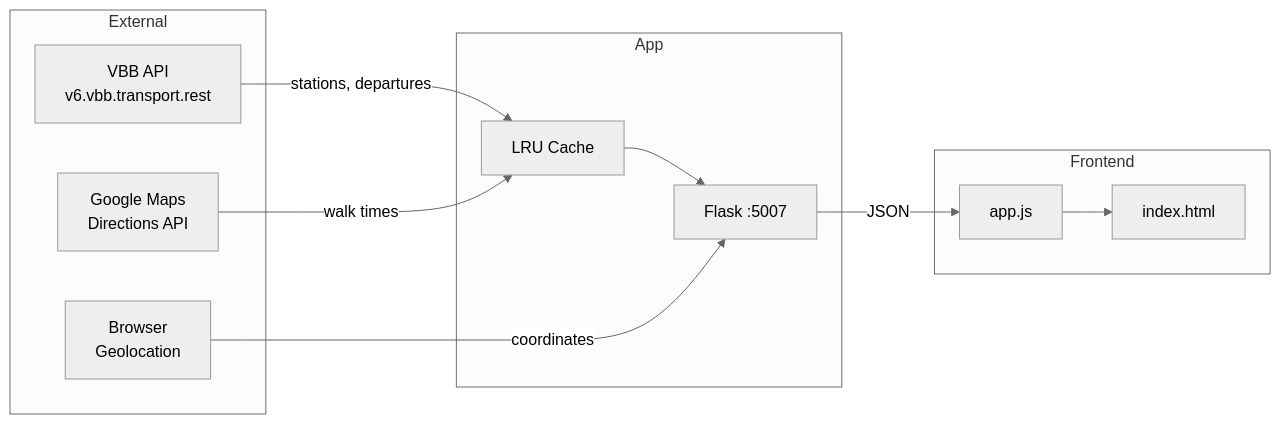
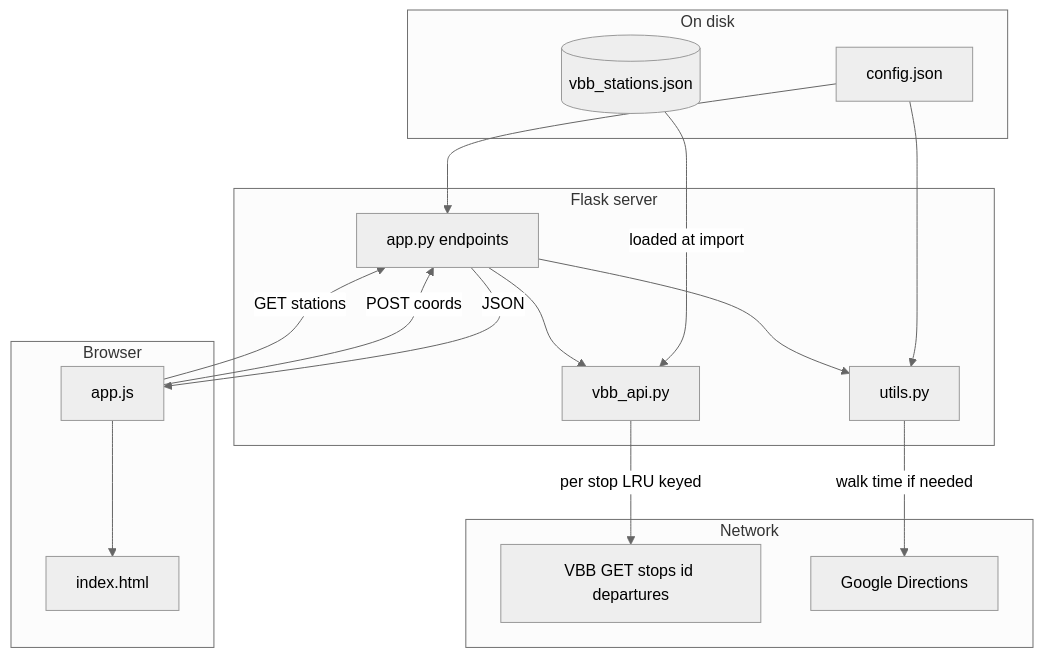
The second of 3 diagrams in README.md (momonala/trainspotter), drawn with Mermaid (neutral theme) before and after one commit. The commit also changed other lines of this file and 10 other files, not shown here.

First line of the commit message:
feat(stations): resolve nearby stops from local snapshot

````diff
--- a/README.md
+++ b/README.md
@@ -14,25 +38,35 @@
 ```mermaid
-flowchart LR
-    subgraph External
-        VBB[VBB API<br/>v6.vbb.transport.rest]
-        GMaps[Google Maps<br/>Directions API]
-        Browser[Browser<br/>Geolocation]
-    end
-    
-    subgraph App
-        Flask[Flask :5007]
-        Cache[LRU Cache]
-    end
-    
-    subgraph Frontend
-        HTML[index.html]
-        JS[app.js]
-    end
+flowchart TB
+  subgraph disk [On disk]
+    Config[config.json]
+    Snapshot[(vbb_stations.json)]
+  end
 
-    VBB -->|stations, departures| Cache
-    GMaps -->|walk times| Cache
-    Cache --> Flask
-    Browser -->|coordinates| Flask
-    Flask -->|JSON| JS
-    JS --> HTML
+  subgraph server [Flask server]
+    Api[app.py endpoints]
+    VbbMod[vbb_api.py]
+    Utils[utils.py]
+  end
+
+  subgraph external [Network]
+    VBBdep[VBB GET stops id departures]
+    GMaps[Google Directions]
+  end
+
+  subgraph client [Browser]
+    Js[app.js]
+    Page[index.html]
+  end
+
+  Config --> Api
+  Config --> Utils
+  Snapshot -->|loaded at import| VbbMod
+  Js -->|POST coords| Api
+  Js -->|GET stations| Api
+  Api --> VbbMod
+  Api --> Utils
+  VbbMod -->|per stop LRU keyed| VBBdep
+  Utils -->|walk time if needed| GMaps
+  Api -->|JSON| Js
+  Js --> Page
 ```
````
